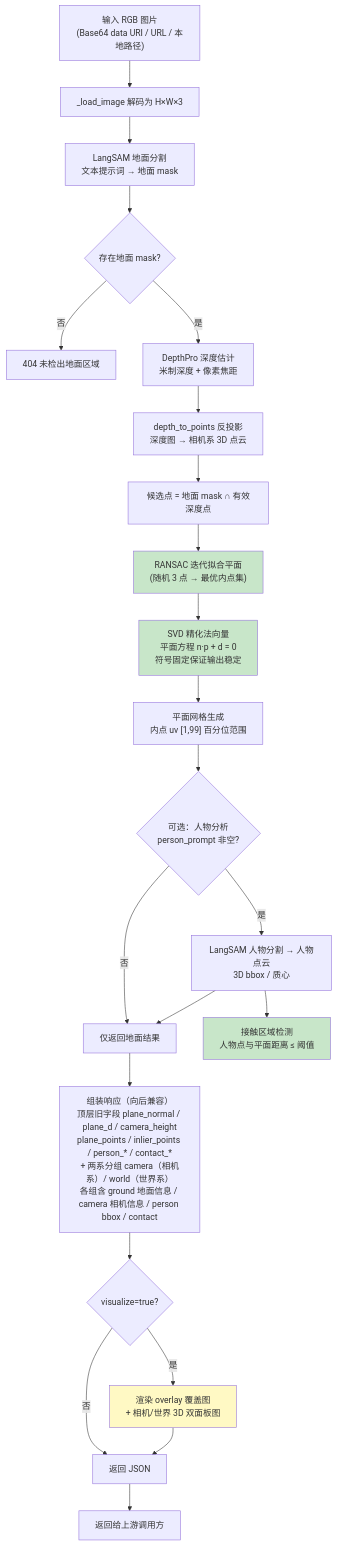
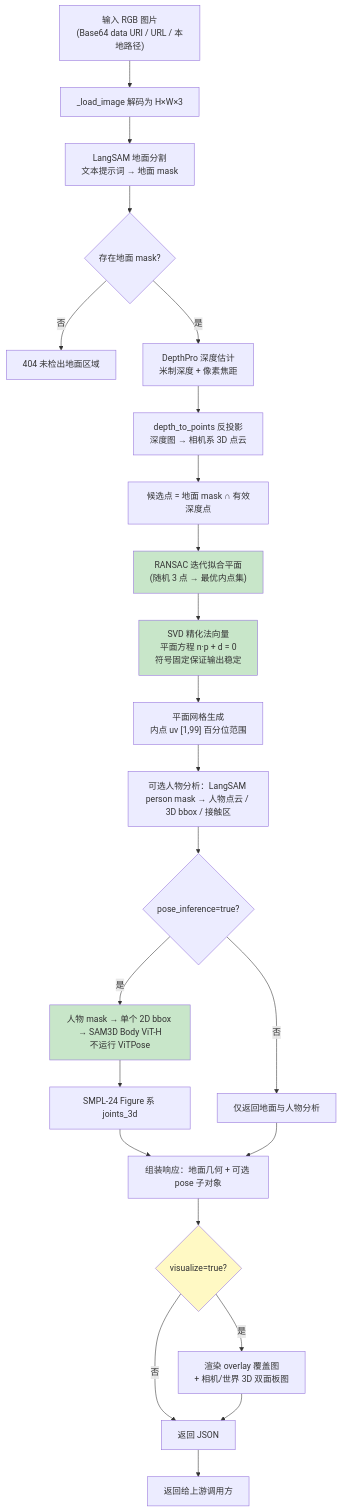
One commit to 4698to/Phy-SIC changed the second of 3 diagrams in ground_pipeline/ground_pipeline 项目介绍.md. Above: the diagram before and after it, drawn with Mermaid. The commit also changed other lines of this file and 98 other files, not shown here.

First line of the commit message:
接入 SAM3D Body 姿势推理并增强地面法向约束

````diff
--- a/ground_pipeline/ground_pipeline 项目介绍.md
+++ b/ground_pipeline/ground_pipeline 项目介绍.md
@@ -69,29 +75,30 @@
 ```mermaid
 flowchart TD
     A["输入 RGB 图片<br/>(Base64 data URI / URL / 本地路径)"] --> B["_load_image 解码为 H×W×3"]
     B --> C["LangSAM 地面分割<br/>文本提示词 → 地面 mask"]
     C --> D{"存在地面 mask?"}
     D -- 否 --> E["404 未检出地面区域"]
     D -- 是 --> F["DepthPro 深度估计<br/>米制深度 + 像素焦距"]
     F --> G["depth_to_points 反投影<br/>深度图 → 相机系 3D 点云"]
     G --> H["候选点 = 地面 mask ∩ 有效深度点"]
     H --> I["RANSAC 迭代拟合平面<br/>(随机 3 点 → 最优内点集)"]
     I --> J["SVD 精化法向量<br/>平面方程 n·p + d = 0<br/>符号固定保证输出稳定"]
     J --> K["平面网格生成<br/>内点 uv [1,99] 百分位范围"]
-    K --> L{"可选：人物分析<br/>person_prompt 非空?"}
-    L -- 否 --> M["仅返回地面结果"]
-    L -- 是 --> N["LangSAM 人物分割 → 人物点云<br/>3D bbox / 质心"]
-    N --> O["接触区域检测<br/>人物点与平面距离 ≤ 阈值"]
-    N --> M
-    M --> P["组装响应（向后兼容）<br/>顶层旧字段 plane_normal / plane_d / camera_height<br/>plane_points / inlier_points / person_* / contact_*<br/>+ 两系分组 camera（相机系）/ world（世界系）<br/>各组含 ground 地面信息 / camera 相机信息 / person bbox / contact"]
-    P --> Q{"visualize=true?"}
-    Q -- 是 --> R["渲染 overlay 覆盖图<br/>+ 相机/世界 3D 双面板图"]
-    Q -- 否 --> S["返回 JSON"]
-    R --> S
-    S --> T["返回给上游调用方"]
+    K --> L["可选人物分析：LangSAM person mask → 人物点云 / 3D bbox / 接触区"]
+    L --> M{"pose_inference=true?"}
+    M -- 否 --> N["仅返回地面与人物分析"]
+    M -- 是 --> O["人物 mask → 单个 2D bbox → SAM3D Body ViT-H<br/>不运行 ViTPose"]
+    O --> P["SMPL-24 Figure 系 joints_3d"]
+    P --> Q["组装响应：地面几何 + 可选 pose 子对象"]
+    N --> Q
+    Q --> R{"visualize=true?"}
+    R -- 是 --> S["渲染 overlay 覆盖图<br/>+ 相机/世界 3D 双面板图"]
+    R -- 否 --> T["返回 JSON"]
+    S --> T
+    T --> U["返回给上游调用方"]
 
     style I fill:#c8e6c9
     style J fill:#c8e6c9
     style O fill:#c8e6c9
     style R fill:#fff9c4
 ```
````
